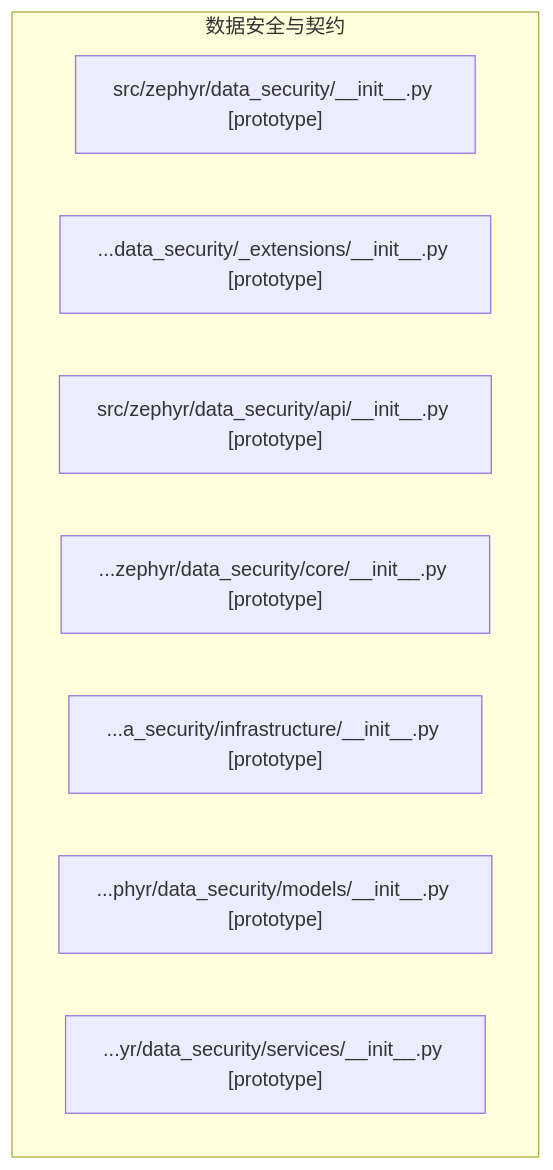
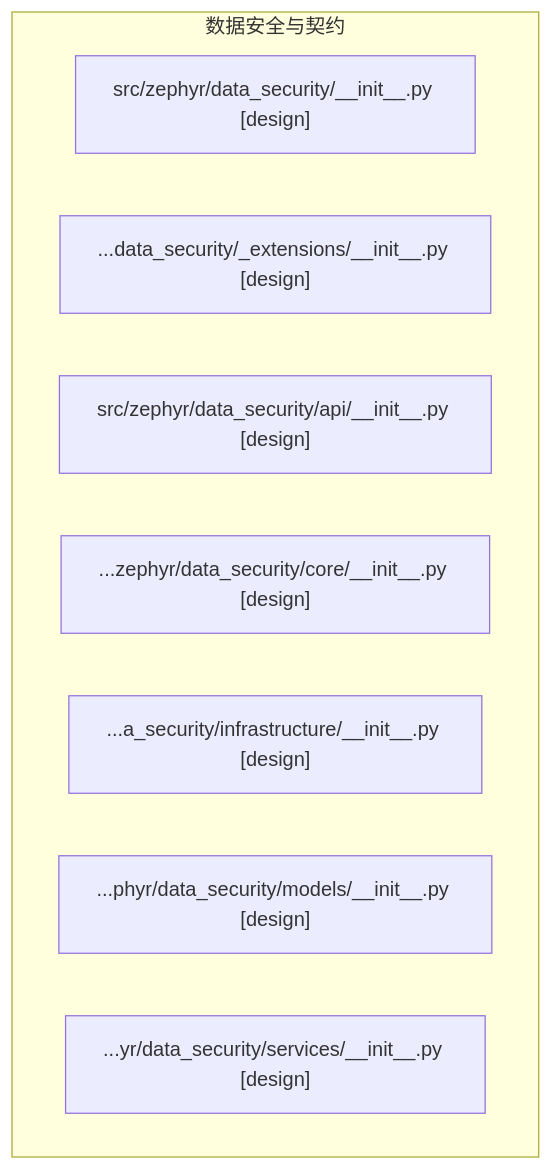
One commit to xuanFelixVan/ZephyrAlpha changed the diagram in docs/02_enterprise_architecture/generated/domains/d_data_sec_dependency.mmd. Above: the diagram before and after it, drawn with Mermaid. The commit also changed 177 other files, not shown here.

```diff
--- a/docs/02_enterprise_architecture/generated/domains/d_data_sec_dependency.mmd
+++ b/docs/02_enterprise_architecture/generated/domains/d_data_sec_dependency.mmd
@@ -1,28 +1,28 @@
 %% D_DATA_SEC 域全景依赖图
 %% 生成时间: 2026-07-19 07:51:15
 %% 数据源: depgraph (PostgreSQL) nodes表 + edges表
 %% 模块数: 7, 依赖边数: 0
 
 graph TD
 
     %% 域内模块（最多显示 100 个）
     subgraph D_DATA_SEC[数据安全与契约]
-        src_zephyr_data_security___init___py["src/zephyr/data_security/__init__.py [prototype]"]
-        src_zephyr_data_security__extensions___init___py["...data_security/_extensions/__init__.py [prototype]"]
-        src_zephyr_data_security_api___init___py["src/zephyr/data_security/api/__init__.py [prototype]"]
-        src_zephyr_data_security_core___init___py["...zephyr/data_security/core/__init__.py [prototype]"]
-        src_zephyr_data_security_infrastructure___init___py["...a_security/infrastructure/__init__.py [prototype]"]
-        src_zephyr_data_security_models___init___py["...phyr/data_security/models/__init__.py [prototype]"]
-        src_zephyr_data_security_services___init___py["...yr/data_security/services/__init__.py [prototype]"]
+        src_zephyr_data_security___init___py["src/zephyr/data_security/__init__.py [design]"]
+        src_zephyr_data_security__extensions___init___py["...data_security/_extensions/__init__.py [design]"]
+        src_zephyr_data_security_api___init___py["src/zephyr/data_security/api/__init__.py [design]"]
+        src_zephyr_data_security_core___init___py["...zephyr/data_security/core/__init__.py [design]"]
+        src_zephyr_data_security_infrastructure___init___py["...a_security/infrastructure/__init__.py [design]"]
+        src_zephyr_data_security_models___init___py["...phyr/data_security/models/__init__.py [design]"]
+        src_zephyr_data_security_services___init___py["...yr/data_security/services/__init__.py [design]"]
     end
 
     %% 域内依赖（最多显示 80 条）
 
     %% 跨域依赖（入）- 最多显示 30 条
 
     %% 跨域依赖（出）- 最多显示 30 条
 
     %% 统计
     %% 域内依赖: 0 条
     %% 跨域入边: 0 条
     %% 跨域出边: 0 条
```
